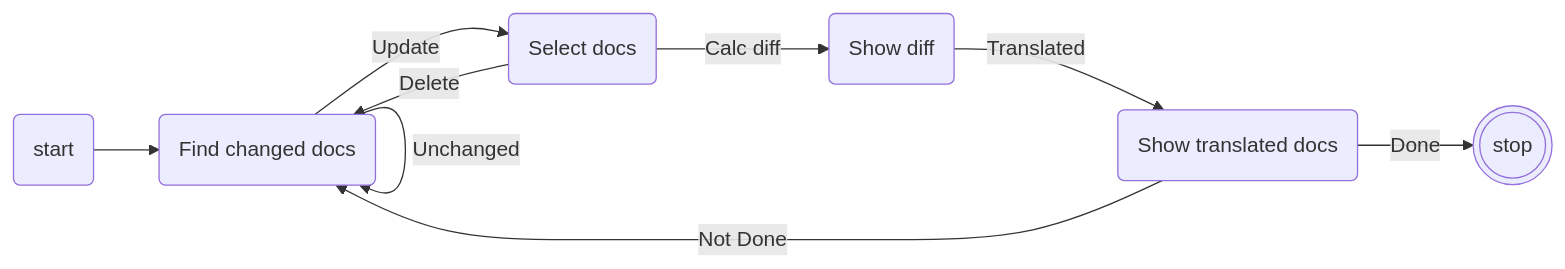
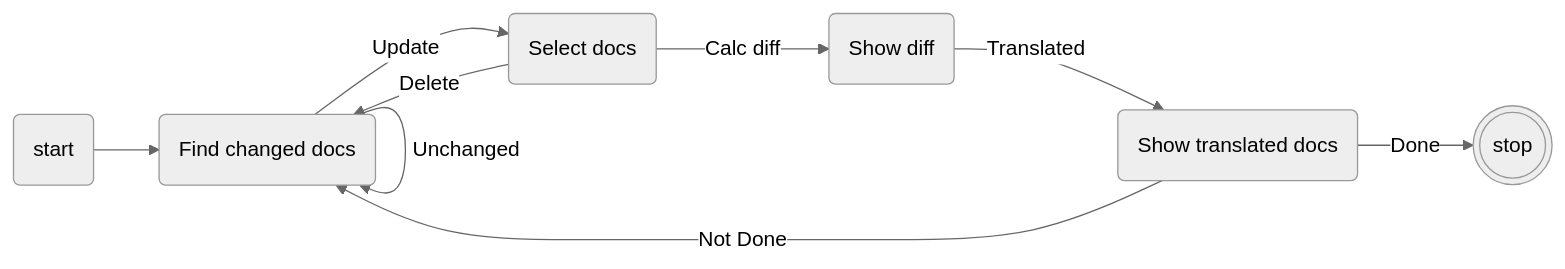
Before and after one commit to devrel-kr/I18N-For-Beginners: the diagram in README.md, drawn with Mermaid.

Commit message:
Modify mermaid
Modify mermaid code

````diff
--- a/README.md
+++ b/README.md
@@ -20,16 +20,16 @@
 ```mermaid
 %%{init: {
-  "theme": "neutral"
+  "theme": "neutral",
   "curve": "step"
 }}%%
 
 flowchart LR
     A(start) --> B(Find changed docs)
     B -- Unchanged --> B
     B -- Update --> C(Select docs)
     C -- Delete --> B
     C --> |Calc diff| D(Show diff)
     D --> |Translated| E(Show translated docs)  
     E --> |Not Done| B
     E --> |Done| F(((stop)))
 ```
````
